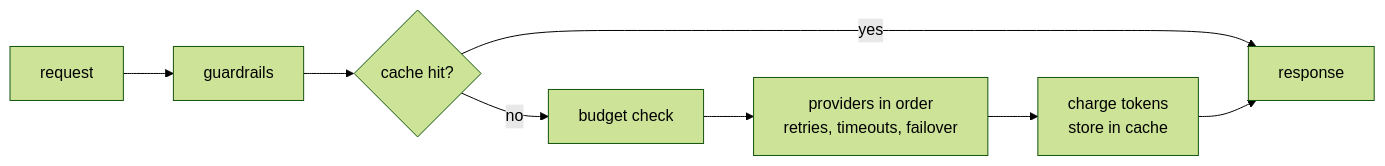
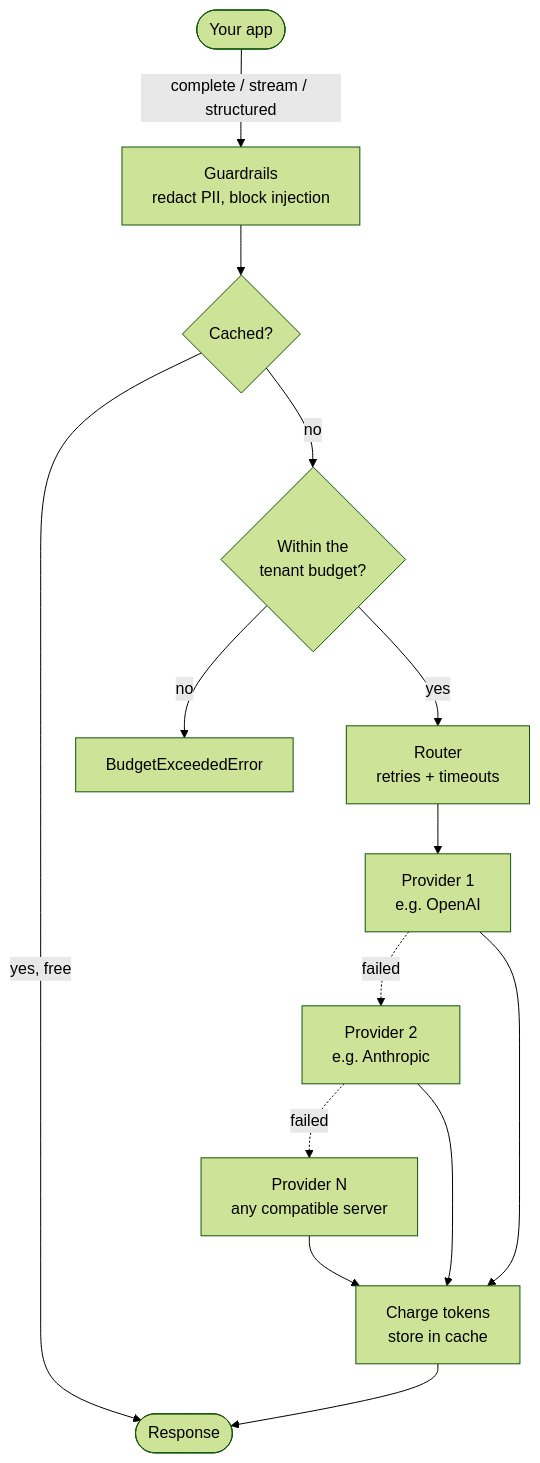
The first of 3 diagrams in README.md (lord-hamza/gatewise), drawn with Mermaid (forest theme) before and after one commit. The commit also changed other lines of this file, not shown here.

Commit message:
Rewrite README with diagrams and a beginner-friendly overview

````diff
--- a/README.md
+++ b/README.md
@@ -54,10 +76,14 @@
 ```mermaid
-flowchart LR
-    A[request] --> B[guardrails]
-    B --> C{cache hit?}
-    C -- yes --> Z[response]
-    C -- no --> D[budget check]
-    D --> E[providers in order<br/>retries, timeouts, failover]
-    E --> F[charge tokens<br/>store in cache]
-    F --> Z
+flowchart TD
+    App([Your app]) -->|complete / stream / structured| Guard[Guardrails<br/>redact PII, block injection]
+    Guard --> Cache{Cached?}
+    Cache -->|yes, free| Done([Response])
+    Cache -->|no| Budget{Within the<br/>tenant budget?}
+    Budget -->|no| Refused[BudgetExceededError]
+    Budget -->|yes| Router[Router<br/>retries + timeouts]
+    Router --> P1[Provider 1<br/>e.g. OpenAI]
+    P1 -.->|failed| P2[Provider 2<br/>e.g. Anthropic]
+    P2 -.->|failed| P3[Provider N<br/>any compatible server]
+    P1 & P2 & P3 --> Settle[Charge tokens<br/>store in cache]
+    Settle --> Done
 ```
````
